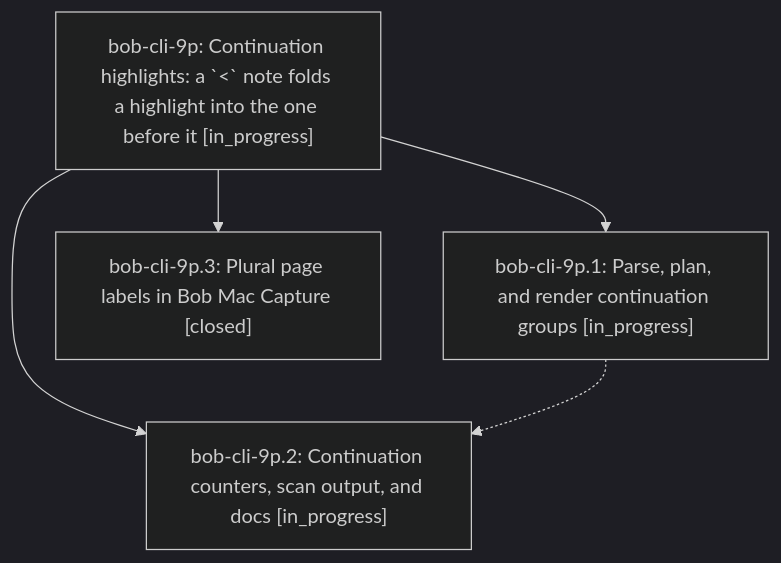
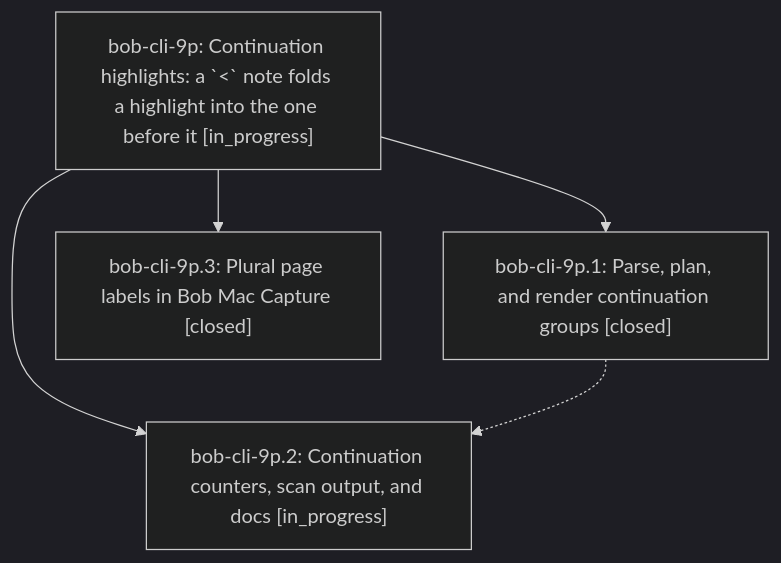
Before and after one commit to bobs-org/bob-cli--beads: the diagram in pages/bob-cli-9p/README.md, drawn with Mermaid (dark theme). The commit also changed other lines of this file and 3 other files, not shown here.

First line of the commit message:
chore(beads): sync bead state and pages for bob-cli-9p

````diff
--- a/pages/bob-cli-9p/README.md
+++ b/pages/bob-cli-9p/README.md
@@ -24,11 +36,11 @@
 ```mermaid
 flowchart TD
     n0["bob-cli-9p: Continuation highlights: a `&lt;` note folds a highlight into the one before it [in_progress]"]
-    n1["bob-cli-9p.1: Parse, plan, and render continuation groups [in_progress]"]
+    n1["bob-cli-9p.1: Parse, plan, and render continuation groups [closed]"]
     n2["bob-cli-9p.2: Continuation counters, scan output, and docs [in_progress]"]
     n3["bob-cli-9p.3: Plural page labels in Bob Mac Capture [closed]"]
     n0 --> n1
     n0 --> n2
     n0 --> n3
     n1 -.-> n2
 ```
````
